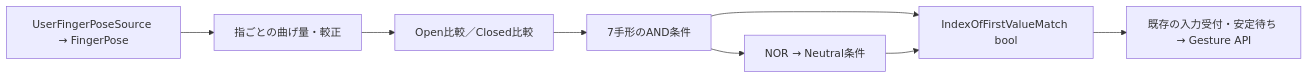
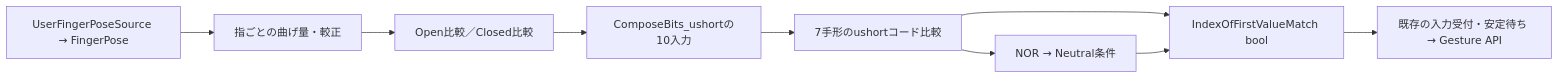
Before and after one commit to orange3134/VRMtoResonitePackage: the diagram in docs/index-gestures.md, drawn with Mermaid. The commit also changed other lines of this file and 8 other files, not shown here.

````diff
--- a/docs/index-gestures.md
+++ b/docs/index-gestures.md
@@ -227,10 +228,11 @@
 ```mermaid
 flowchart LR
     P[UserFingerPoseSource → FingerPose] --> A[指ごとの曲げ量・較正]
     A --> O[Open比較／Closed比較]
-    O --> G[7手形のAND条件]
+    O --> B[ComposeBits_ushortの10入力]
+    B --> G[7手形のushortコード比較]
     G --> N[NOR → Neutral条件]
     G --> I[IndexOfFirstValueMatch bool]
     N --> I
     I --> E[既存の入力受付・安定待ち → Gesture API]
 ```
````
